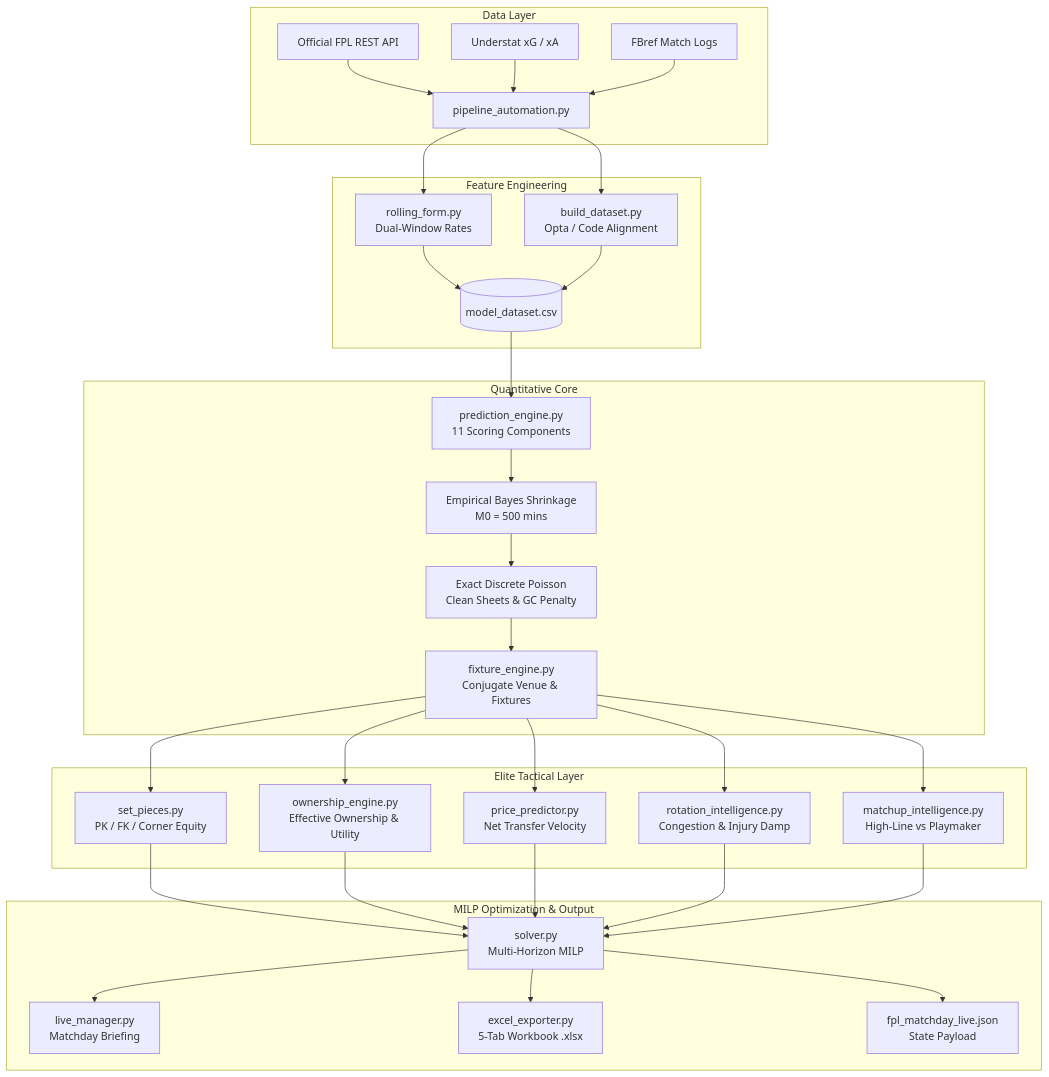
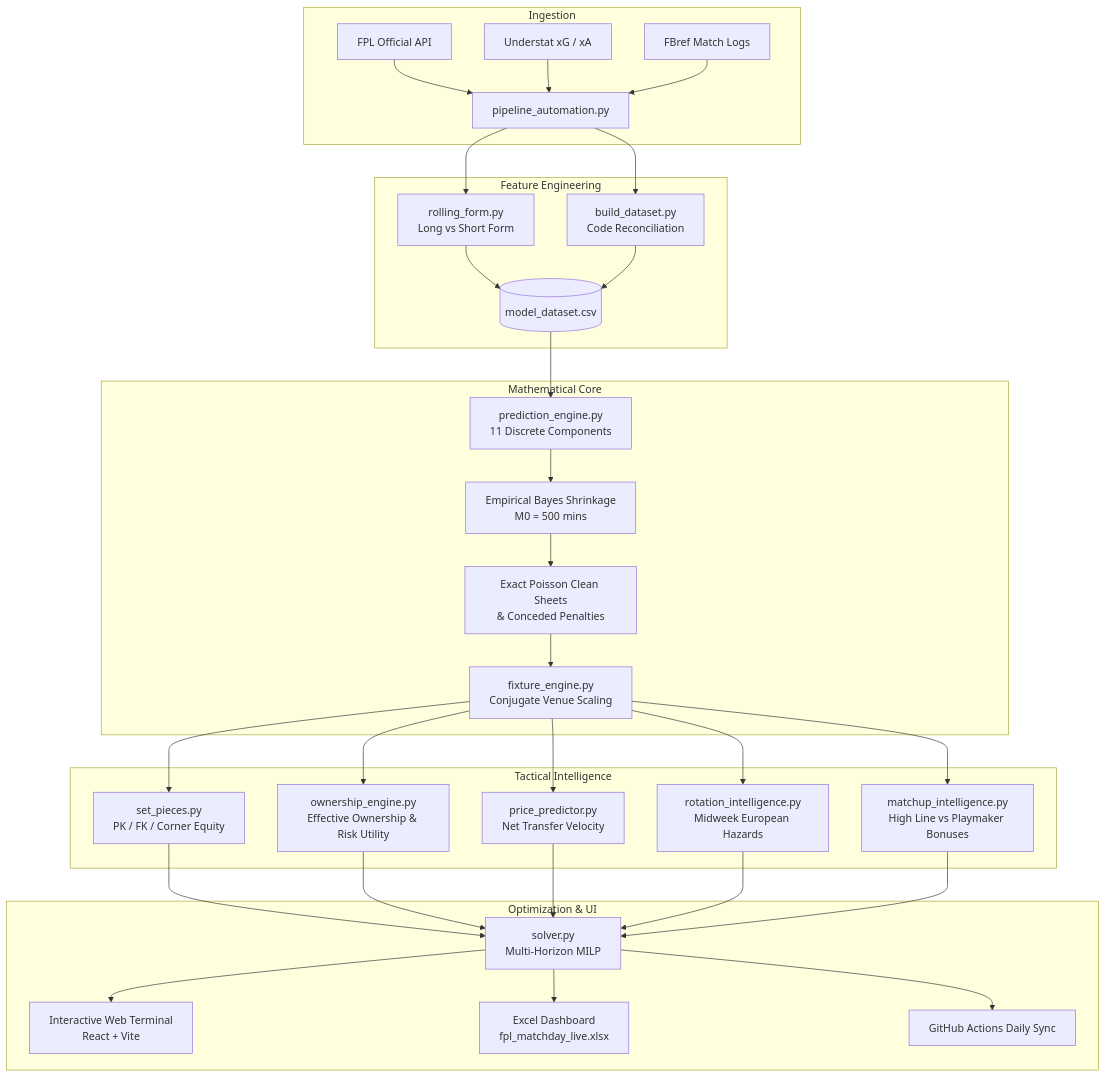
Before and after one commit to Arabinda07/Fantasy-Premier-League: the diagram in README.md, drawn with Mermaid. The commit also changed other lines of this file, not shown here.

Commit message:
Revamp README with authentic football analyst tone, remove raw ASCII cockpit, and highlight React web terminal

````diff
--- a/README.md
+++ b/README.md
@@ -72,36 +48,36 @@
 ```mermaid
 flowchart TB
-    subgraph Data Layer
-        A1[Official FPL REST API] --> B[pipeline_automation.py]
+    subgraph Ingestion
+        A1[FPL Official API] --> B[pipeline_automation.py]
         A2[Understat xG / xA] --> B
         A3[FBref Match Logs] --> B
     end
 
     subgraph Feature Engineering
-        B --> C1[rolling_form.py<br/>Dual-Window Rates]
-        B --> C2[build_dataset.py<br/>Opta / Code Alignment]
+        B --> C1[rolling_form.py<br/>Long vs Short Form]
+        B --> C2[build_dataset.py<br/>Code Reconciliation]
         C1 & C2 --> D[(model_dataset.csv)]
     end
 
-    subgraph Quantitative Core
-        D --> E1[prediction_engine.py<br/>11 Scoring Components]
+    subgraph Mathematical Core
+        D --> E1[prediction_engine.py<br/>11 Discrete Components]
         E1 --> E2[Empirical Bayes Shrinkage<br/>M0 = 500 mins]
-        E2 --> E3[Exact Discrete Poisson<br/>Clean Sheets & GC Penalty]
-        E3 --> F[fixture_engine.py<br/>Conjugate Venue & Fixtures]
+        E2 --> E3[Exact Poisson Clean Sheets<br/>& Conceded Penalties]
+        E3 --> F[fixture_engine.py<br/>Conjugate Venue Scaling]
     end
 
-    subgraph Elite Tactical Layer
+    subgraph Tactical Intelligence
         F --> G1[set_pieces.py<br/>PK / FK / Corner Equity]
-        F --> G2[ownership_engine.py<br/>Effective Ownership & Utility]
+        F --> G2[ownership_engine.py<br/>Effective Ownership & Risk Utility]
         F --> G3[price_predictor.py<br/>Net Transfer Velocity]
-        F --> G4[rotation_intelligence.py<br/>Congestion & Injury Damp]
-        F --> G5[matchup_intelligence.py<br/>High-Line vs Playmaker]
+        F --> G4[rotation_intelligence.py<br/>Midweek European Hazards]
+        F --> G5[matchup_intelligence.py<br/>High Line vs Playmaker Bonuses]
     end
 
-    subgraph MILP Optimization & Output
+    subgraph Optimization & UI
         G1 & G2 & G3 & G4 & G5 --> H[solver.py<br/>Multi-Horizon MILP]
-        H --> I1[live_manager.py<br/>Matchday Briefing]
-        H --> I2[excel_exporter.py<br/>5-Tab Workbook .xlsx]
-        H --> I3[fpl_matchday_live.json<br/>State Payload]
+        H --> I1[Interactive Web Terminal<br/>React + Vite]
+        H --> I2[Excel Dashboard<br/>fpl_matchday_live.xlsx]
+        H --> I3[GitHub Actions Daily Sync]
     end
 ```
````
